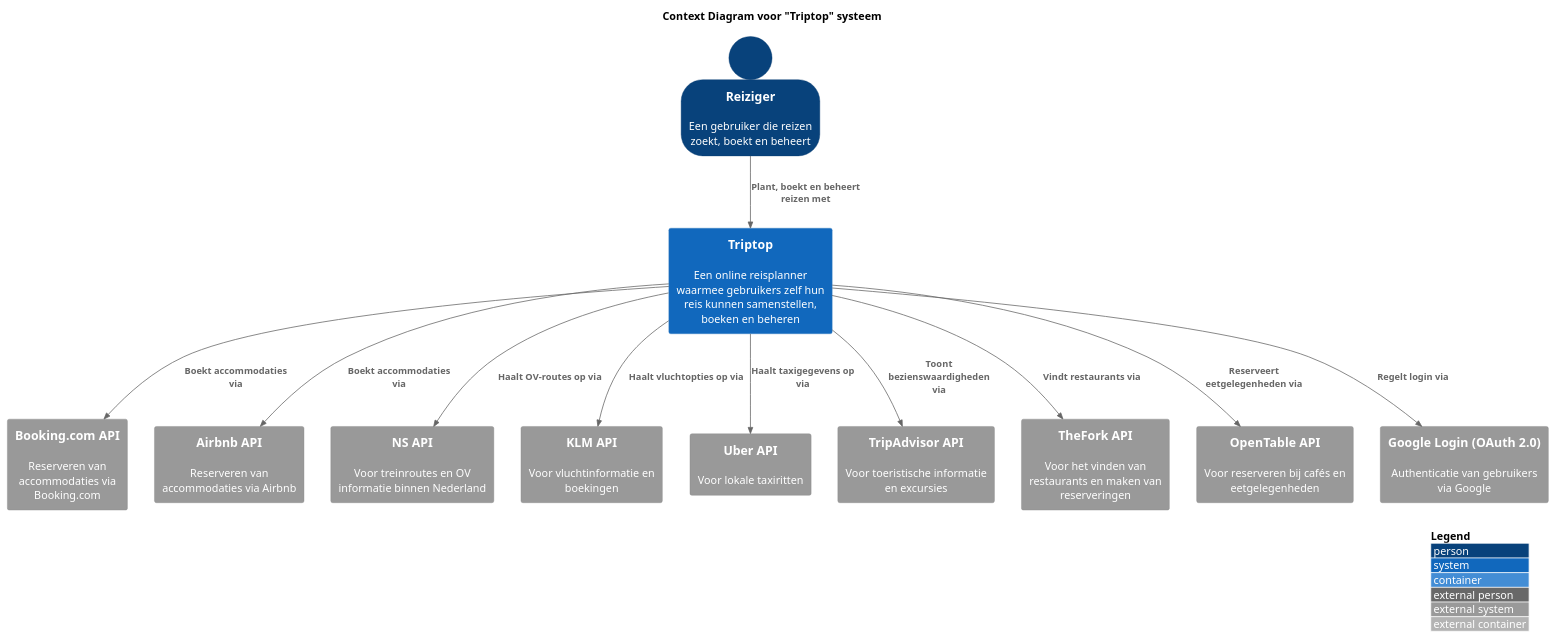
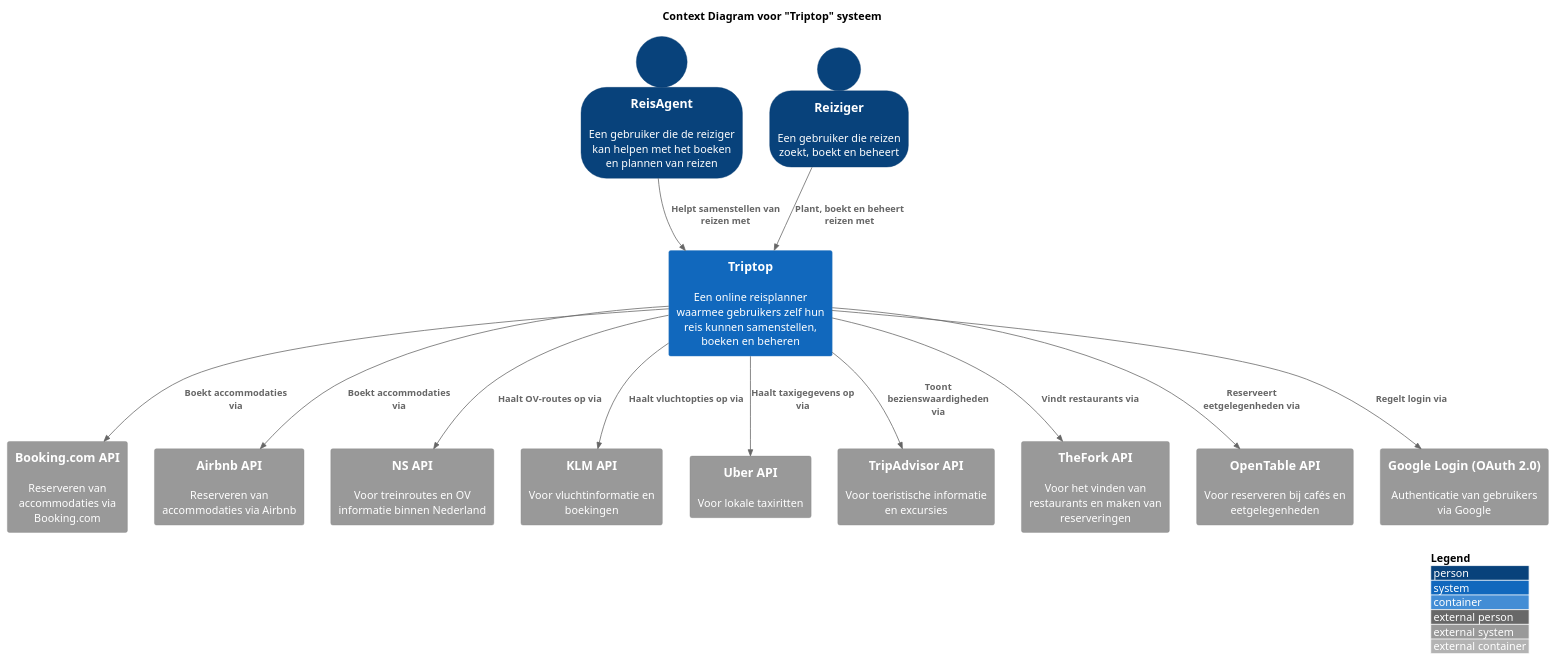
Before and after one commit to AIM-ENE-feb25/triptop-groep-4-afscheidscadeau-voor-juf-kim: the diagram in opdracht-diagrammen/Context Diagram.puml, drawn with PlantUML.

Commit message:
Verbeterd Context Diagram

```diff
--- a/opdracht-diagrammen/Context Diagram.puml
+++ b/opdracht-diagrammen/Context Diagram.puml
@@ -1,38 +1,41 @@
 @startuml C4_Elements
 !include https://raw.githubusercontent.com/plantuml-stdlib/C4-PlantUML/master/C4_Container.puml
 
 title Context Diagram voor "Triptop" systeem
 
 SHOW_PERSON_OUTLINE()
 LAYOUT_WITH_LEGEND()
+
+Person(ReisAgent, "ReisAgent", "Een gebruiker die de reiziger kan helpen met het boeken en plannen van reizen")
 
 Person(Reiziger, "Reiziger", "Een gebruiker die reizen zoekt, boekt en beheert")
 
 System(TriptopApp, "Triptop", "Een online reisplanner waarmee gebruikers zelf hun reis kunnen samenstellen, boeken en beheren")
 
 System_Ext(BookingComAPI, "Booking.com API", "Reserveren van accommodaties via Booking.com")
 System_Ext(AirbnbAPI, "Airbnb API", "Reserveren van accommodaties via Airbnb")
 
 System_Ext(NSAPI, "NS API", "Voor treinroutes en OV informatie binnen Nederland")
 System_Ext(KLMAPI, "KLM API", "Voor vluchtinformatie en boekingen")
 System_Ext(UberAPI, "Uber API", "Voor lokale taxiritten")
 
 System_Ext(TripAdvisorAPI, "TripAdvisor API", "Voor toeristische informatie en excursies")
 
 System_Ext(TheForkAPI, "TheFork API", "Voor het vinden van restaurants en maken van reserveringen")
 System_Ext(OpenTableAPI, "OpenTable API", "Voor reserveren bij cafés en eetgelegenheden")
 
 System_Ext(GoogleLogin, "Google Login (OAuth 2.0)", "Authenticatie van gebruikers via Google")
 
 Rel(Reiziger, TriptopApp, "Plant, boekt en beheert reizen met")
+Rel(ReisAgent, TriptopApp, "Helpt samenstellen van reizen met")
 Rel(TriptopApp, BookingComAPI, "Boekt accommodaties via")
 Rel(TriptopApp, AirbnbAPI, "Boekt accommodaties via")
 Rel(TriptopApp, NSAPI, "Haalt OV-routes op via")
 Rel(TriptopApp, KLMAPI, "Haalt vluchtopties op via")
 Rel(TriptopApp, UberAPI, "Haalt taxigegevens op via")
 Rel(TriptopApp, TripAdvisorAPI, "Toont bezienswaardigheden via")
 Rel(TriptopApp, TheForkAPI, "Vindt restaurants via")
 Rel(TriptopApp, OpenTableAPI, "Reserveert eetgelegenheden via")
 Rel(TriptopApp, GoogleLogin, "Regelt login via")
 
 @enduml
```
